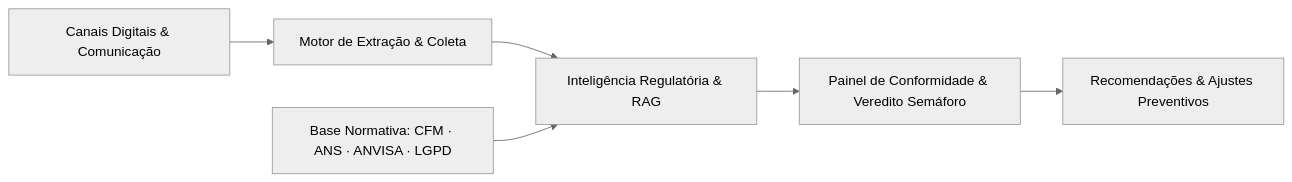
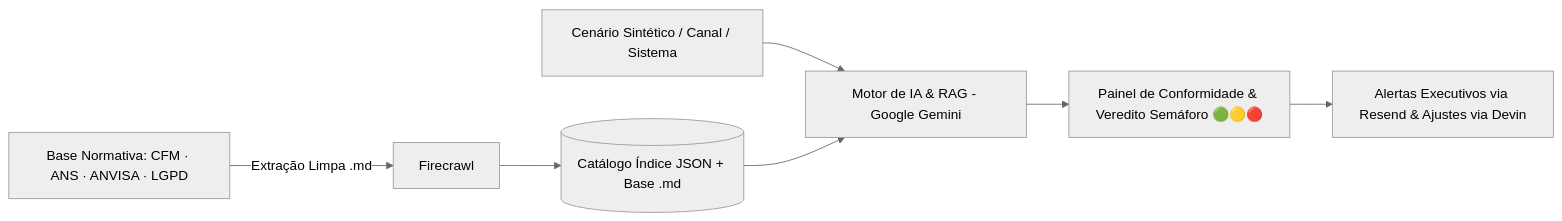
Before and after one commit to Conform-AI-health/conform-ai-health: the diagram in README.md, drawn with Mermaid (neutral theme). The commit also changed other lines of this file, not shown here.

````diff
--- a/README.md
+++ b/README.md
@@ -27,8 +30,9 @@
 ```mermaid
 flowchart LR
-  A[Canais Digitais & Comunicação] --> B[Motor de Extração & Coleta]
-  B --> C[Inteligência Regulatória & RAG]
-  D[Base Normativa: CFM · ANS · ANVISA · LGPD] --> C
-  C --> E[Painel de Conformidade & Veredito Semáforo]
-  E --> F[Recomendações & Ajustes Preventivos]
+  A[Base Normativa: CFM · ANS · ANVISA · LGPD] -->|Extração Limpa .md| B[Firecrawl]
+  B --> C[(Catálogo Índice JSON + Base .md)]
+  D[Cenário Sintético / Canal / Sistema] --> E[Motor de IA & RAG - Google Gemini]
+  C --> E
+  E --> F[Painel de Conformidade & Veredito Semáforo 🟢🟡🔴]
+  F --> G[Alertas Executivos via Resend & Ajustes via Devin]
 ```
````
